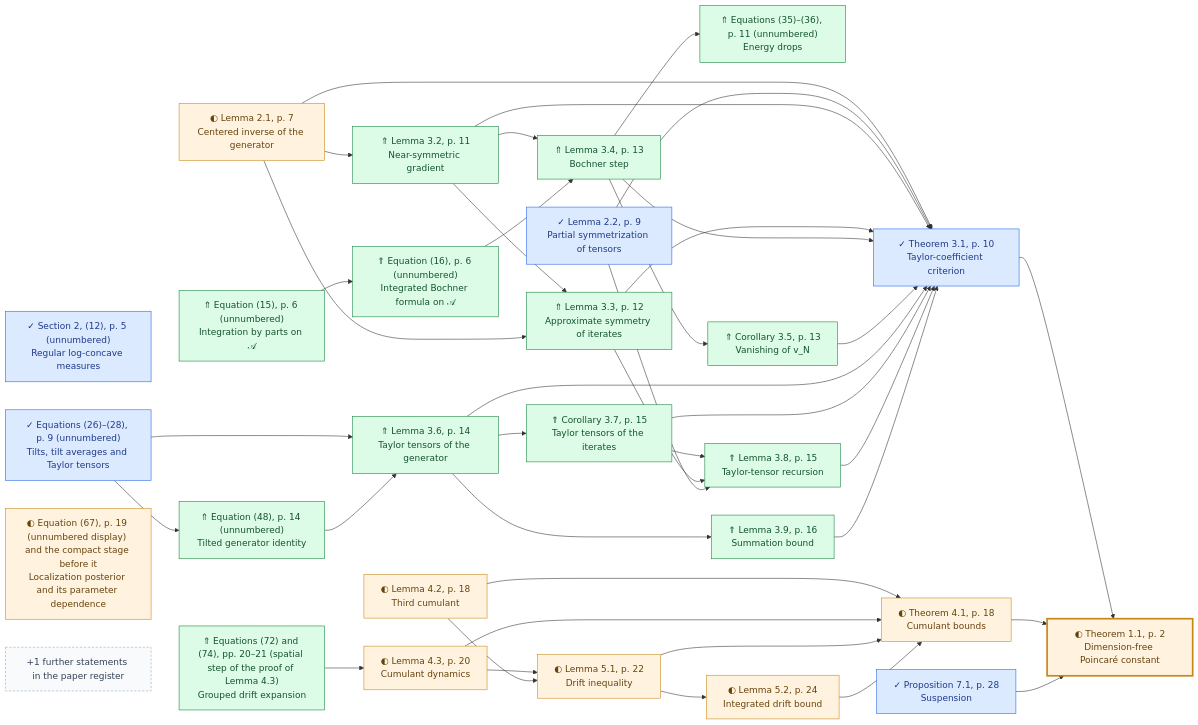
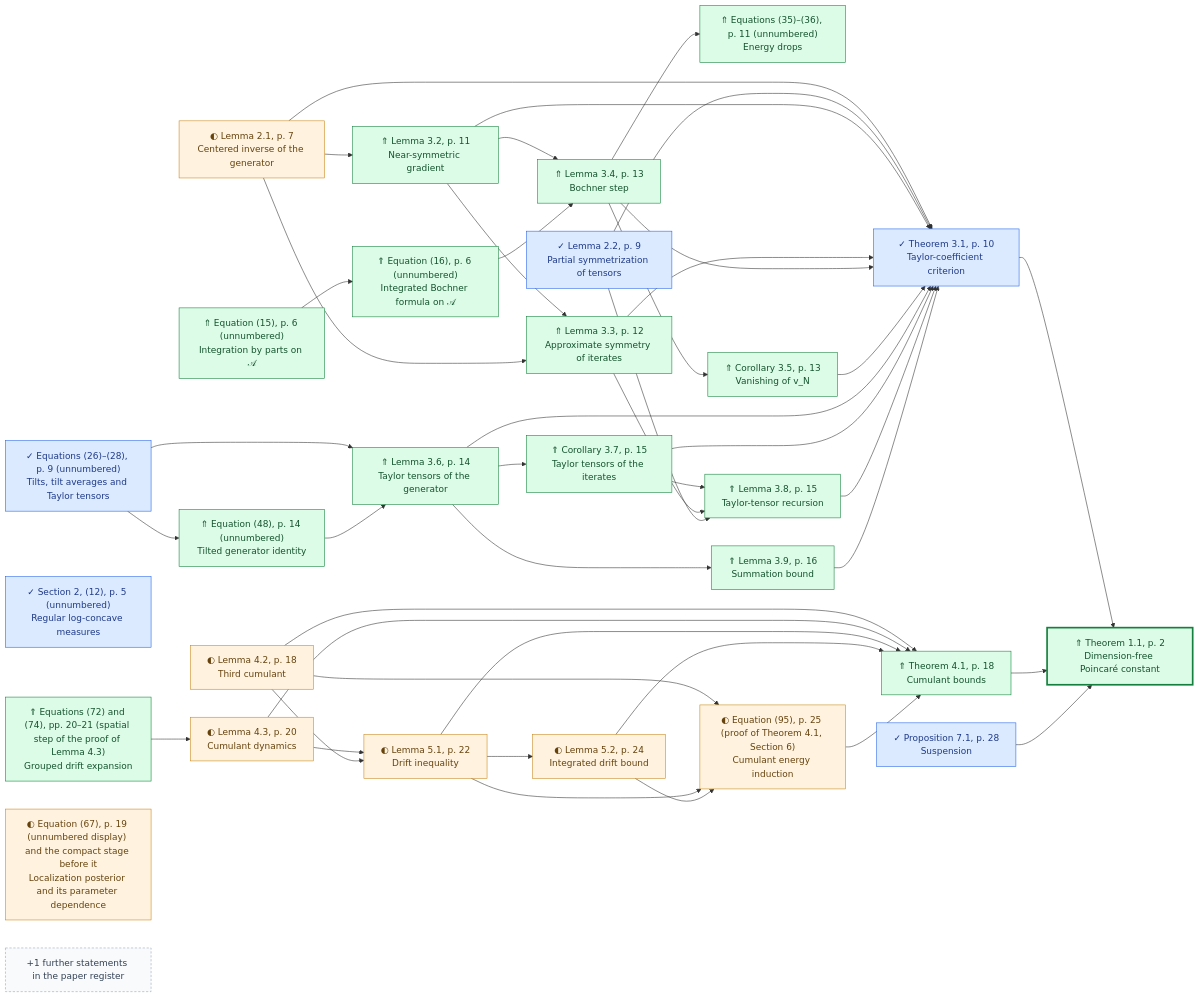
Diagram 24 of 26 in research/progress/README.md (human-ai-mathematics/kls-lean), drawn with Mermaid before and after one commit. The commit also changed other lines of this file and 367 other files, not shown here.

````diff
--- a/research/progress/README.md
+++ b/research/progress/README.md
@@ -1250,76 +1255,81 @@
 ```mermaid
 flowchart LR
-    BKL2026_T11["◐ Theorem 1.1, p. 2<br/>Dimension-free Poincaré constant"]
+    BKL2026_T11["⇑ Theorem 1.1, p. 2<br/>Dimension-free Poincaré constant"]
     BKL2026_L21["◐ Lemma 2.1, p. 7<br/>Centered inverse of the generator"]
     BKL2026_L22["✓ Lemma 2.2, p. 9<br/>Partial symmetrization of tensors"]
     BKL2026_T31["✓ Theorem 3.1, p. 10<br/>Taylor-coefficient criterion"]
     BKL2026_L32["⇑ Lemma 3.2, p. 11<br/>Near-symmetric gradient"]
     BKL2026_EQ3536["⇑ Equations (35)–(36), p. 11 (unnumbered)<br/>Energy drops"]
     BKL2026_L33["⇑ Lemma 3.3, p. 12<br/>Approximate symmetry of iterates"]
     BKL2026_L34["⇑ Lemma 3.4, p. 13<br/>Bochner step"]
     BKL2026_C35["⇑ Corollary 3.5, p. 13<br/>Vanishing of v_N"]
     BKL2026_L36["⇑ Lemma 3.6, p. 14<br/>Taylor tensors of the generator"]
     BKL2026_C37["⇑ Corollary 3.7, p. 15<br/>Taylor tensors of the iterates"]
     BKL2026_L38["⇑ Lemma 3.8, p. 15<br/>Taylor-tensor recursion"]
     BKL2026_L39["⇑ Lemma 3.9, p. 16<br/>Summation bound"]
-    BKL2026_T41["◐ Theorem 4.1, p. 18<br/>Cumulant bounds"]
+    BKL2026_T41["⇑ Theorem 4.1, p. 18<br/>Cumulant bounds"]
     BKL2026_L42["◐ Lemma 4.2, p. 18<br/>Third cumulant"]
     BKL2026_L43["◐ Lemma 4.3, p. 20<br/>Cumulant dynamics"]
     BKL2026_E7274["⇑ Equations (72) and (74), pp. 20–21 (spatial step of the proof of Lemma 4.3)<br/>Grouped drift expansion"]
     BKL2026_L51["◐ Lemma 5.1, p. 22<br/>Drift inequality"]
     BKL2026_L52["◐ Lemma 5.2, p. 24<br/>Integrated drift bound"]
+    BKL2026_E95["◐ Equation (95), p. 25 (proof of Theorem 4.1, Section 6)<br/>Cumulant energy induction"]
     BKL2026_P71["✓ Proposition 7.1, p. 28<br/>Suspension"]
     BKL2026_E12["✓ Section 2, (12), p. 5 (unnumbered)<br/>Regular log-concave measures"]
     BKL2026_E2628["✓ Equations (26)–(28), p. 9 (unnumbered)<br/>Tilts, tilt averages and Taylor tensors"]
     BKL2026_EQ15["⇑ Equation (15), p. 6 (unnumbered)<br/>Integration by parts on 𝒜"]
     BKL2026_EQ16["⇑ Equation (16), p. 6 (unnumbered)<br/>Integrated Bochner formula on 𝒜"]
     BKL2026_E48["⇑ Equation (48), p. 14 (unnumbered)<br/>Tilted generator identity"]
     BKL2026_E67["◐ Equation (67), p. 19 (unnumbered display) and the compact stage before it<br/>Localization posterior and its parameter dependence"]
     BKL2026_T31 --> BKL2026_T11
     BKL2026_T41 --> BKL2026_T11
     BKL2026_P71 --> BKL2026_T11
     BKL2026_L21 --> BKL2026_T31
     BKL2026_L22 --> BKL2026_T31
     BKL2026_L32 --> BKL2026_T31
     BKL2026_L33 --> BKL2026_T31
     BKL2026_L34 --> BKL2026_T31
     BKL2026_C35 --> BKL2026_T31
     BKL2026_L36 --> BKL2026_T31
     BKL2026_C37 --> BKL2026_T31
     BKL2026_L38 --> BKL2026_T31
     BKL2026_L39 --> BKL2026_T31
     BKL2026_L21 --> BKL2026_L32
     BKL2026_L34 --> BKL2026_EQ3536
     BKL2026_L32 --> BKL2026_L33
     BKL2026_L21 --> BKL2026_L33
     BKL2026_L32 --> BKL2026_L34
     BKL2026_EQ16 --> BKL2026_L34
     BKL2026_L34 --> BKL2026_C35
     BKL2026_E2628 --> BKL2026_L36
     BKL2026_E48 --> BKL2026_L36
     BKL2026_L36 --> BKL2026_C37
     BKL2026_C37 --> BKL2026_L38
     BKL2026_L33 --> BKL2026_L38
     BKL2026_L22 --> BKL2026_L38
     BKL2026_L36 --> BKL2026_L39
     BKL2026_L42 --> BKL2026_T41
     BKL2026_L43 --> BKL2026_T41
     BKL2026_L51 --> BKL2026_T41
     BKL2026_L52 --> BKL2026_T41
+    BKL2026_E95 --> BKL2026_T41
     BKL2026_E7274 --> BKL2026_L43
     BKL2026_L43 --> BKL2026_L51
     BKL2026_L42 --> BKL2026_L51
     BKL2026_L51 --> BKL2026_L52
+    BKL2026_L42 --> BKL2026_E95
+    BKL2026_L51 --> BKL2026_E95
+    BKL2026_L52 --> BKL2026_E95
     BKL2026_EQ15 --> BKL2026_EQ16
     BKL2026_E2628 --> BKL2026_E48
     BKL2026_more["+1 further statements in the paper register"]
     classDef lemma_formalized fill:#dbeafe,stroke:#2563eb,color:#1e3a8a;
     class BKL2026_L22,BKL2026_T31,BKL2026_P71,BKL2026_E12,BKL2026_E2628 lemma_formalized;
     classDef lemma_partial fill:#fff3df,stroke:#c88719,color:#66420d;
-    class BKL2026_T11,BKL2026_L21,BKL2026_T41,BKL2026_L42,BKL2026_L43,BKL2026_L51,BKL2026_L52,BKL2026_E67 lemma_partial;
+    class BKL2026_L21,BKL2026_L42,BKL2026_L43,BKL2026_L51,BKL2026_L52,BKL2026_E95,BKL2026_E67 lemma_partial;
     classDef lemma_improved fill:#dcfce7,stroke:#15803d,color:#14532d;
-    class BKL2026_L32,BKL2026_EQ3536,BKL2026_L33,BKL2026_L34,BKL2026_C35,BKL2026_L36,BKL2026_C37,BKL2026_L38,BKL2026_L39,BKL2026_E7274,BKL2026_EQ15,BKL2026_EQ16,BKL2026_E48 lemma_improved;
+    class BKL2026_T11,BKL2026_L32,BKL2026_EQ3536,BKL2026_L33,BKL2026_L34,BKL2026_C35,BKL2026_L36,BKL2026_C37,BKL2026_L38,BKL2026_L39,BKL2026_T41,BKL2026_E7274,BKL2026_EQ15,BKL2026_EQ16,BKL2026_E48 lemma_improved;
     style BKL2026_T11 stroke-width:3px
     classDef lemma_more fill:#f8fafc,stroke:#94a3b8,color:#334155,stroke-dasharray:4 3;
     class BKL2026_more lemma_more;
 ```
````
